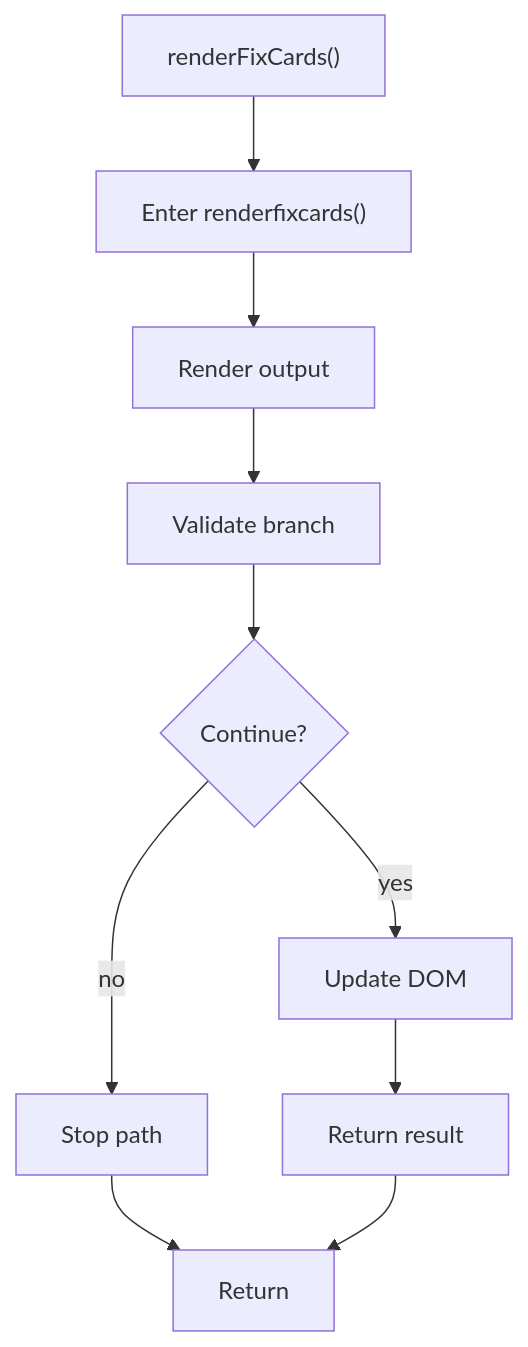
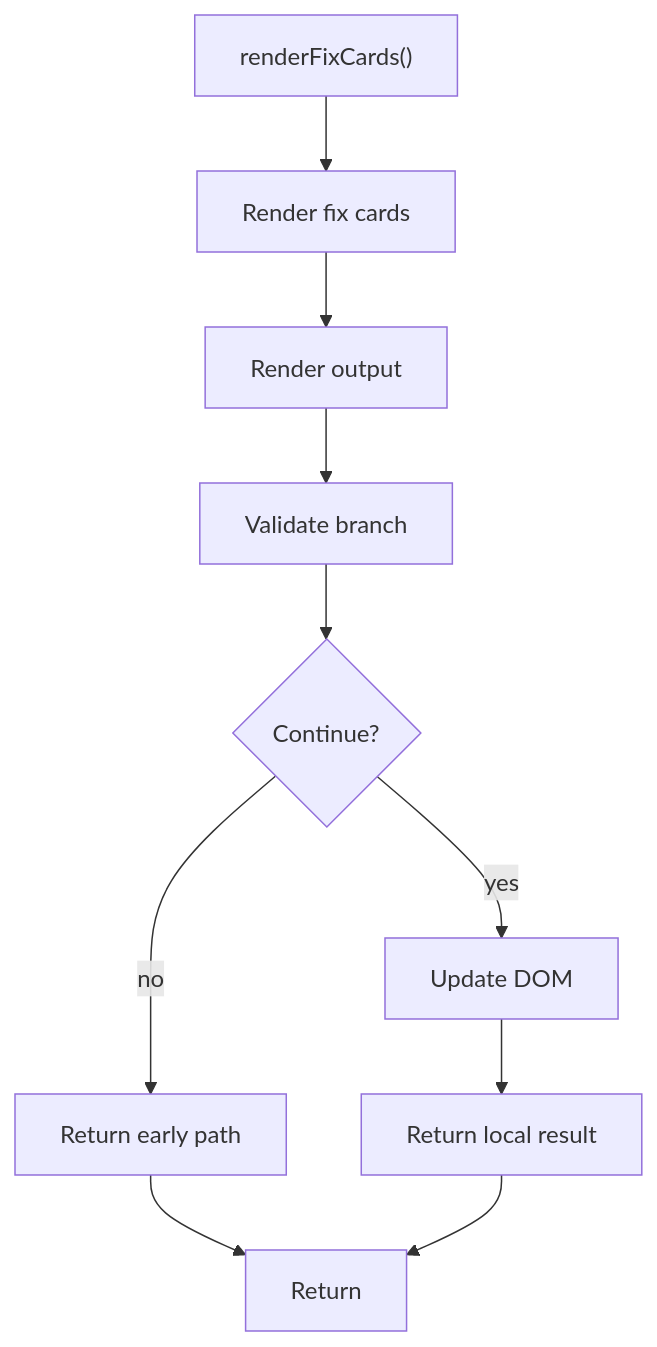
The fourth of 6 diagrams in docs/Codebase/Frontend/scripts/fix-suggestions.js.md (JohnAndrewBalbarosa/NeoTerritory), drawn with Mermaid before and after one commit. The commit also changed other lines of this file and 925 other files, not shown here.

````diff
--- a/docs/Codebase/Frontend/scripts/fix-suggestions.js.md
+++ b/docs/Codebase/Frontend/scripts/fix-suggestions.js.md
@@ -117,21 +116,21 @@
 ```mermaid
 flowchart TD
     Start["renderFixCards()"]
-    N0["Enter renderfixcards()"]
+    N0["Render fix cards"]
     N1["Render output"]
     N2["Validate branch"]
     D2{"Continue?"}
-    R2["Stop path"]
+    R2["Return early path"]
     N3["Update DOM"]
-    N4["Return result"]
+    N4["Return local result"]
     End["Return"]
     Start --> N0
     N0 --> N1
     N1 --> N2
     N2 --> D2
     D2 -->|yes| N3
     D2 -->|no| R2
     R2 --> End
     N3 --> N4
     N4 --> End
 ```
````
